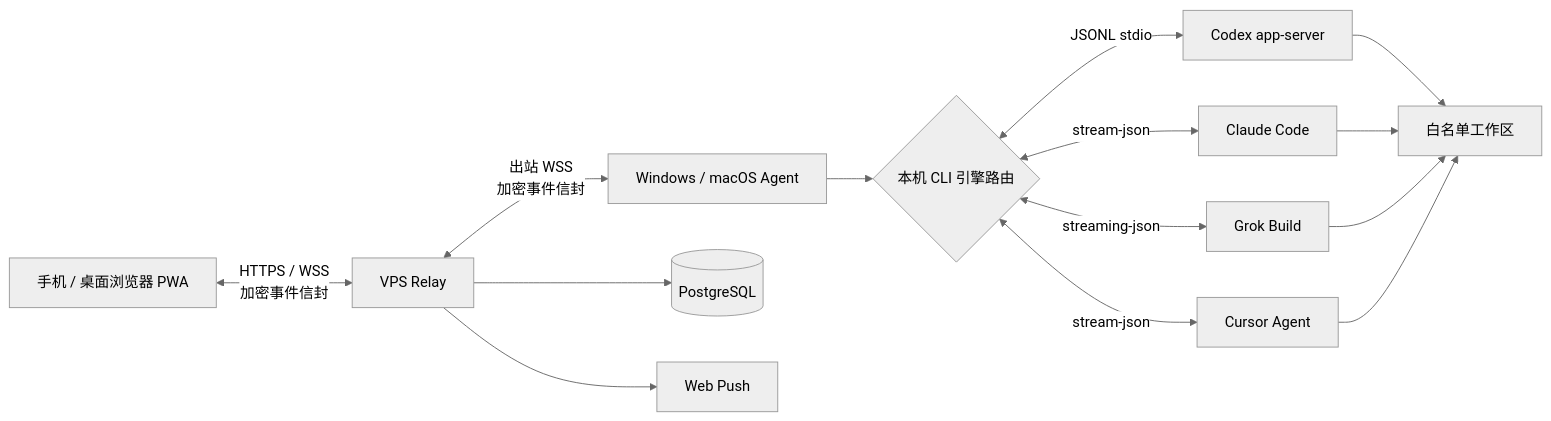
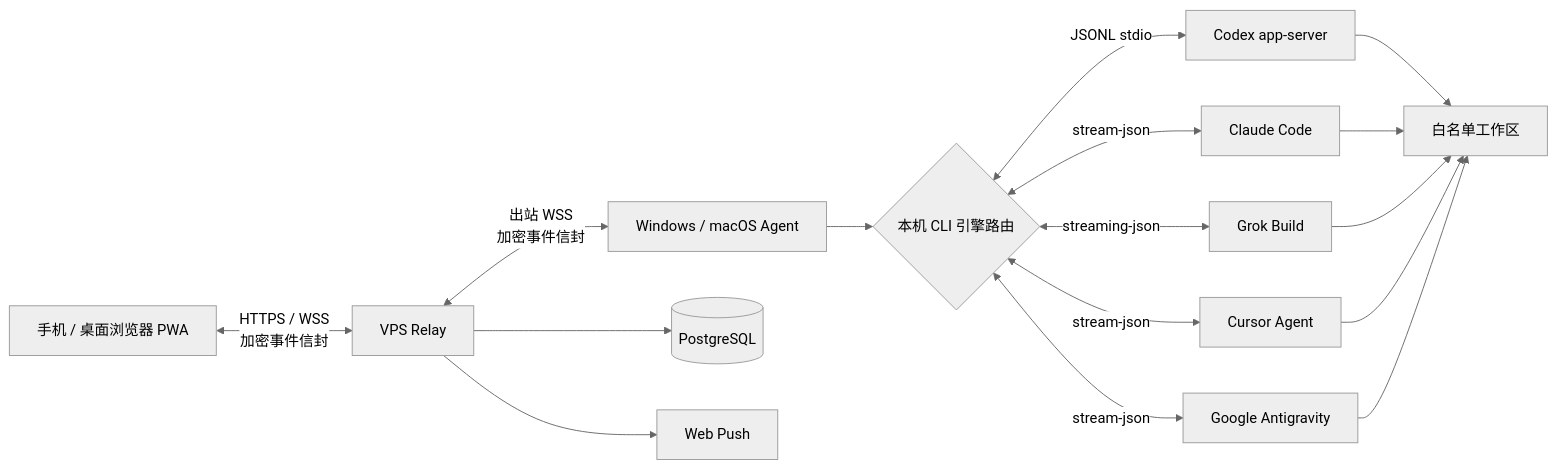
One commit to demonrain/anytimevibe changed the diagram in README.md. Above: the diagram before and after it, drawn with Mermaid (neutral theme). The commit also changed other lines of this file and 8 other files, not shown here.

Commit message:
docs: update documentation and screenshots for Google Antigravity 5-engine support

````diff
--- a/README.md
+++ b/README.md
@@ -102,16 +103,18 @@
 ```mermaid
 flowchart LR
     PWA[手机 / 桌面浏览器 PWA] <-->|HTTPS / WSS<br/>加密事件信封| Relay[VPS Relay]
     Relay <-->|出站 WSS<br/>加密事件信封| Agent[Windows / macOS Agent]
     Agent --> Router{本机 CLI 引擎路由}
     Router <-->|JSONL stdio| Codex[Codex app-server]
     Router <-->|stream-json| Claude[Claude Code]
     Router <-->|streaming-json| Grok[Grok Build]
     Router <-->|stream-json| Cursor[Cursor Agent]
+    Router <-->|stream-json| Antigravity[Google Antigravity]
     Codex --> Workspace[白名单工作区]
     Claude --> Workspace
     Grok --> Workspace
     Cursor --> Workspace
+    Antigravity --> Workspace
     Relay --> DB[(PostgreSQL)]
     Relay --> Push[Web Push]
 ```
````
